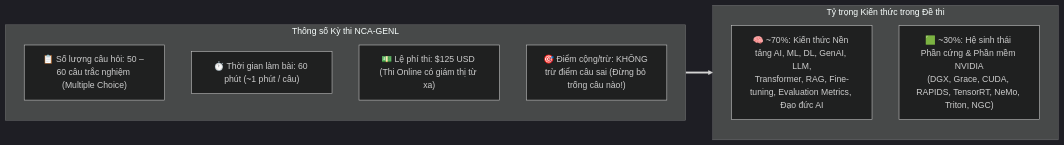
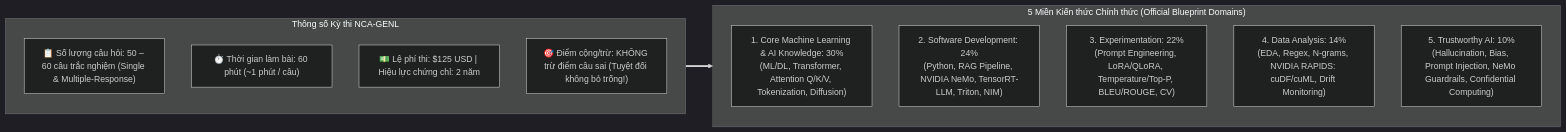
Before and after one commit to nxthanh2904/nca-genl: the diagram in NCA_GENL_Exam_Guide_and_Tips.md, drawn with Mermaid (dark theme). The commit also changed other lines of this file and 3 other files, not shown here.

````diff
--- a/NCA_GENL_Exam_Guide_and_Tips.md
+++ b/NCA_GENL_Exam_Guide_and_Tips.md
@@ -10,18 +10,21 @@
 ```mermaid
 flowchart LR
     subgraph Exam["Thông số Kỳ thi NCA-GENL"]
         direction TB
-        I1["📋 Số lượng câu hỏi: 50 – 60 câu trắc nghiệm (Multiple Choice)"]
+        I1["📋 Số lượng câu hỏi: 50 – 60 câu trắc nghiệm (Single & Multiple-Response)"]
         I2["⏱️ Thời gian làm bài: 60 phút (~1 phút / câu)"]
-        I3["💵 Lệ phí thi: $125 USD (Thi Online có giám thị từ xa)"]
-        I4["🎯 Điểm cộng/trừ: KHÔNG trừ điểm câu sai (Đừng bỏ trống câu nào!)"]
+        I3["💵 Lệ phí thi: $125 USD | Hiệu lực chứng chỉ: 2 năm"]
+        I4["🎯 Điểm cộng/trừ: KHÔNG trừ điểm câu sai (Tuyệt đối không bỏ trống!)"]
     end
 
-    subgraph Weight["Tỷ trọng Kiến thức trong Đề thi"]
+    subgraph Blueprint["5 Miền Kiến thức Chính thức (Official Blueprint Domains)"]
         direction TB
-        W1["🧠 ~70%: Kiến thức Nền tảng AI, ML, DL, GenAI, LLM,<br/>Transformer, RAG, Fine-tuning, Evaluation Metrics, Đạo đức AI"]
-        W2["🟩 ~30%: Hệ sinh thái Phần cứng & Phần mềm NVIDIA<br/>(DGX, Grace, CUDA, RAPIDS, TensorRT, NeMo, Triton, NGC)"]
+        D1["1. Core Machine Learning & AI Knowledge: 30%<br/>(ML/DL, Transformer, Attention Q/K/V, Tokenization, Diffusion)"]
+        D2["2. Software Development: 24%<br/>(Python, RAG Pipeline, NVIDIA NeMo, TensorRT-LLM, Triton, NIM)"]
+        D3["3. Experimentation: 22%<br/>(Prompt Engineering, LoRA/QLoRA, Temperature/Top-P, BLEU/ROUGE, CV)"]
+        D4["4. Data Analysis: 14%<br/>(EDA, Regex, N-grams, NVIDIA RAPIDS: cuDF/cuML, Drift Monitoring)"]
+        D5["5. Trustworthy AI: 10%<br/>(Hallucination, Bias, Prompt Injection, NeMo Guardrails, Confidential Computing)"]
     end
 
-    Exam ==> Weight
+    Exam ==> Blueprint
 ```
````
